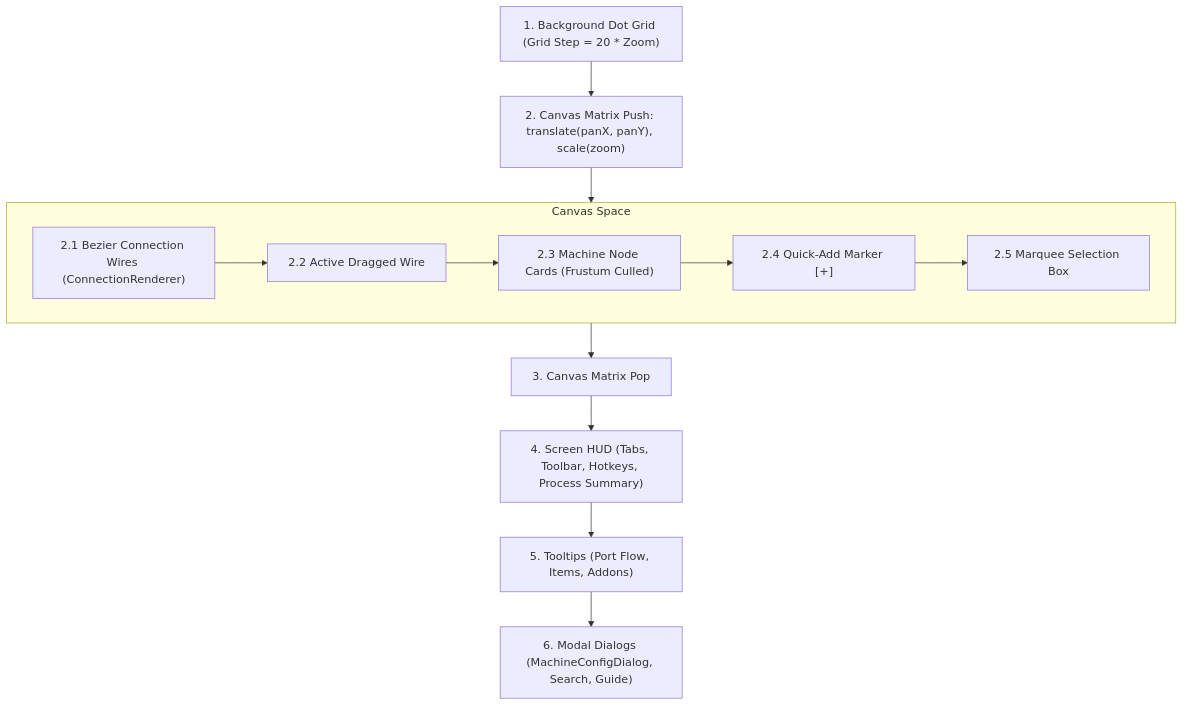
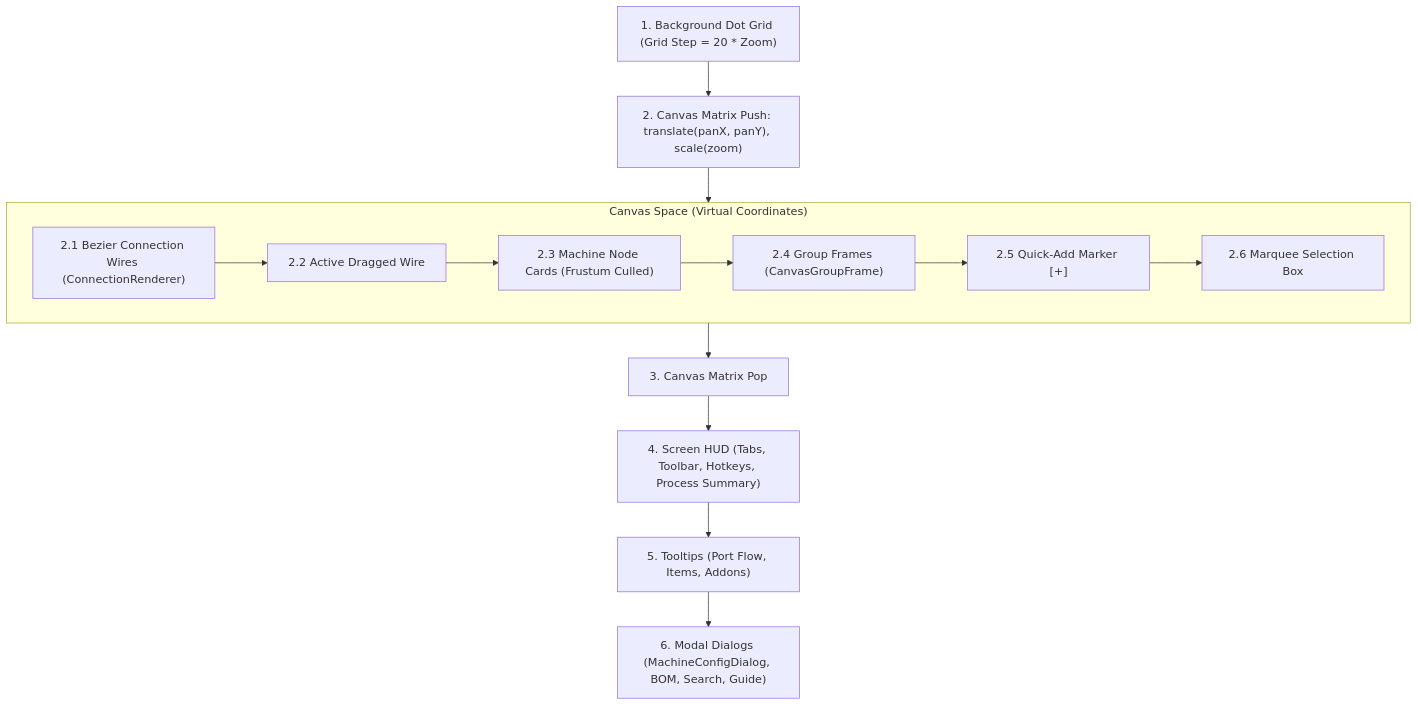
One commit to Amvermain/GregTechCalculatorBoard changed the third of 3 diagrams in docs/ARCHITECTURE.md. Above: the diagram before and after it, drawn with Mermaid. The commit also changed other lines of this file and 132 other files, not shown here.

````diff
--- a/docs/ARCHITECTURE.md
+++ b/docs/ARCHITECTURE.md
@@ -216,17 +166,18 @@
 ```mermaid
 flowchart TD
     G1["1. Background Dot Grid (Grid Step = 20 * Zoom)"] --> G2["2. Canvas Matrix Push: translate(panX, panY), scale(zoom)"]
-    subgraph CanvasSpace["Canvas Space"]
+    subgraph CanvasSpace["Canvas Space (Virtual Coordinates)"]
         C1["2.1 Bezier Connection Wires (ConnectionRenderer)"]
         C2["2.2 Active Dragged Wire"]
         C3["2.3 Machine Node Cards (Frustum Culled)"]
-        C4["2.4 Quick-Add Marker [+]"]
-        C5["2.5 Marquee Selection Box"]
-        C1 --> C2 --> C3 --> C4 --> C5
+        C4["2.4 Group Frames (CanvasGroupFrame)"]
+        C5["2.5 Quick-Add Marker [+]"]
+        C6["2.6 Marquee Selection Box"]
+        C1 --> C2 --> C3 --> C4 --> C5 --> C6
     end
     G2 --> CanvasSpace
     CanvasSpace --> G3["3. Canvas Matrix Pop"]
     G3 --> G4["4. Screen HUD (Tabs, Toolbar, Hotkeys, Process Summary)"]
     G4 --> G5["5. Tooltips (Port Flow, Items, Addons)"]
-    G5 --> G6["6. Modal Dialogs (MachineConfigDialog, Search, Guide)"]
+    G5 --> G6["6. Modal Dialogs (MachineConfigDialog, BOM, Search, Guide)"]
 ```
````
